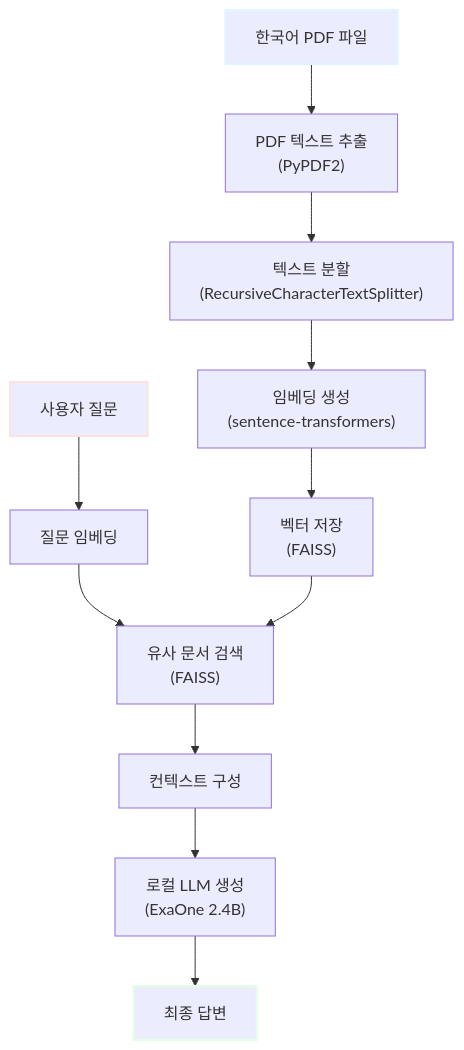
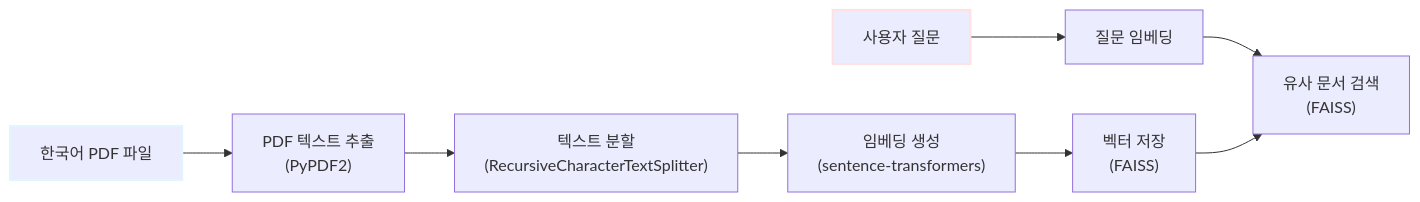
One commit to c0z0c/sprint_mission changed the first of 2 diagrams in 스터디/대규모언어모델_RAG_LGAI-EXAONE.md. Above: the diagram before and after it, drawn with Mermaid. The commit also changed other lines of this file, not shown here.

Commit message:
mermaid 수정

````diff
--- a/스터디/대규모언어모델_RAG_LGAI-EXAONE.md
+++ b/스터디/대규모언어모델_RAG_LGAI-EXAONE.md
@@ -75,19 +75,14 @@
 ```mermaid
-graph TB
+graph LR
     A["한국어 PDF 파일"] --> B["PDF 텍스트 추출<br/>(PyPDF2)"]
     B --> C["텍스트 분할<br/>(RecursiveCharacterTextSplitter)"]
     C --> D["임베딩 생성<br/>(sentence-transformers)"]
     D --> E["벡터 저장<br/>(FAISS)"]
     
     F["사용자 질문"] --> G["질문 임베딩"]
     G --> H["유사 문서 검색<br/>(FAISS)"]
     E --> H
-    
-    H --> I["컨텍스트 구성"]
-    I --> J["로컬 LLM 생성<br/>(ExaOne 2.4B)"]
-    J --> K["최종 답변"]
-    
+
     style A stroke-width:2px,stroke:#e1f5ff
     style F stroke-width:2px,stroke:#ffe1e1
-    style K stroke-width:2px,stroke:#e1ffe1
 ```
````
